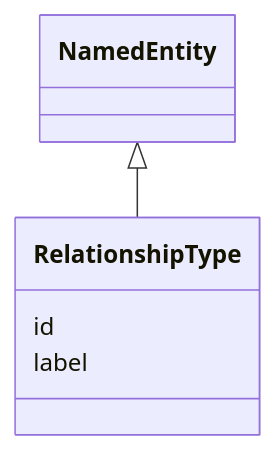
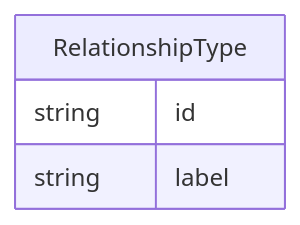
Before and after one commit to monarch-initiative/ontogpt: the diagram in docs/recipe/RelationshipType.md, drawn with Mermaid. The commit also changed 52 other files, not shown here.

````diff
--- a/docs/recipe/RelationshipType.md
+++ b/docs/recipe/RelationshipType.md
@@ -8,9 +8,10 @@
 ```mermaid
- classDiagram
-    class RelationshipType
-      NamedEntity <|-- RelationshipType
-      
-      RelationshipType : id
-      RelationshipType : label
-      
+erDiagram
+RelationshipType {
+    string id  
+    string label  
+}
+
+
+
 ```
````
